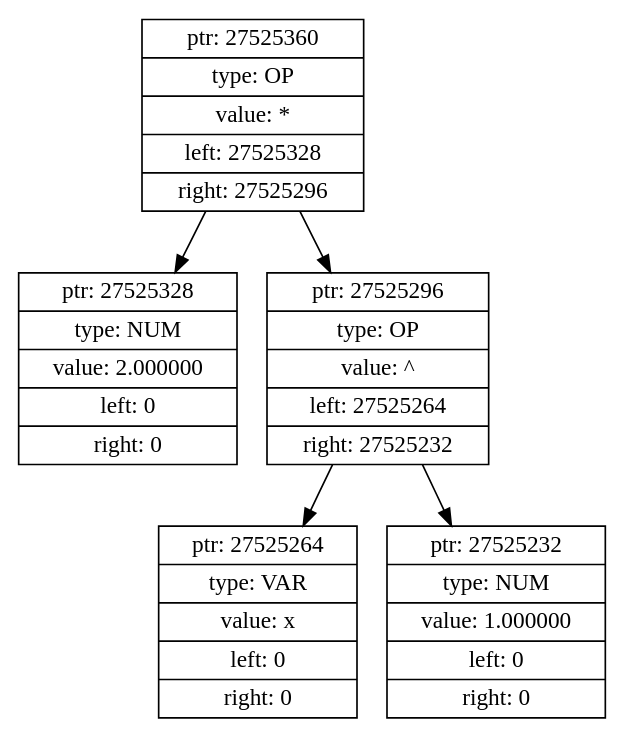
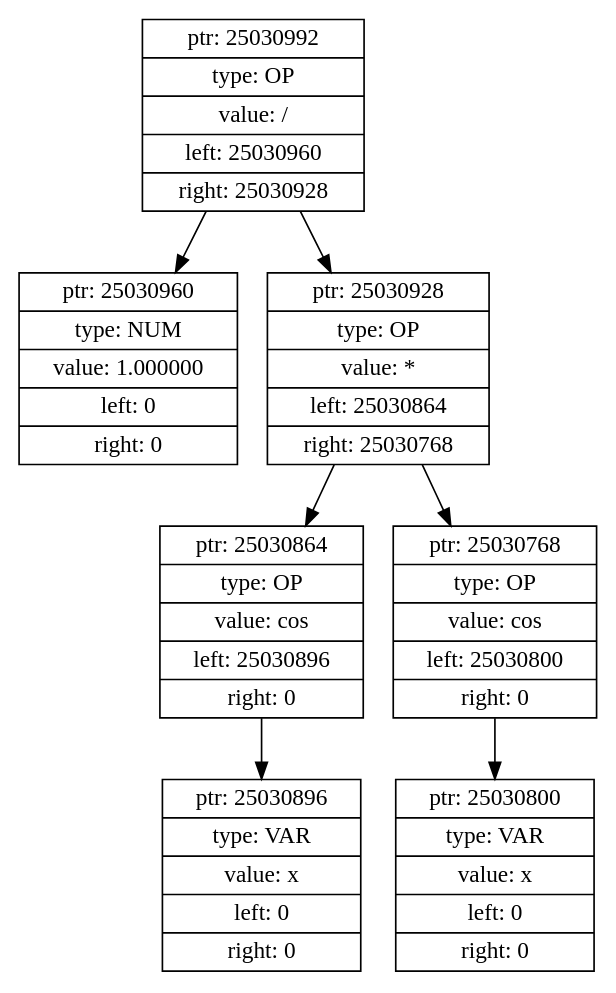
The diagram in dump.dot (KirillAnokhin/Diff_tree), drawn with Graphviz before and after one commit. The commit also changed 10 other files, not shown here.

```diff
--- a/dump.dot
+++ b/dump.dot
@@ -1,7 +1,9 @@
 digraph dump {
 node [shape = record];
-27525360 [shape = record, label = "{ptr: 27525360|type: OP|value: *|left: 27525328|right: 27525296}"];27525360 -> 27525328
-27525328 [shape = record, label = "{ptr: 27525328|type: NUM|value: 2.000000|left: 0|right: 0}"];27525360 -> 27525296
-27525296 [shape = record, label = "{ptr: 27525296|type: OP|value: ^|left: 27525264|right: 27525232}"];27525296 -> 27525264
-27525264 [shape = record, label = "{ptr: 27525264|type: VAR|value: x|left: 0|right: 0}"];27525296 -> 27525232
-27525232 [shape = record, label = "{ptr: 27525232|type: NUM|value: 1.000000|left: 0|right: 0}"];}
+25030992 [shape = record, label = "{ptr: 25030992|type: OP|value: /|left: 25030960|right: 25030928}"];25030992 -> 25030960
+25030960 [shape = record, label = "{ptr: 25030960|type: NUM|value: 1.000000|left: 0|right: 0}"];25030992 -> 25030928
+25030928 [shape = record, label = "{ptr: 25030928|type: OP|value: *|left: 25030864|right: 25030768}"];25030928 -> 25030864
+25030864 [shape = record, label = "{ptr: 25030864|type: OP|value: cos|left: 25030896|right: 0}"];25030864 -> 25030896
+25030896 [shape = record, label = "{ptr: 25030896|type: VAR|value: x|left: 0|right: 0}"];25030928 -> 25030768
+25030768 [shape = record, label = "{ptr: 25030768|type: OP|value: cos|left: 25030800|right: 0}"];25030768 -> 25030800
+25030800 [shape = record, label = "{ptr: 25030800|type: VAR|value: x|left: 0|right: 0}"];}
```
